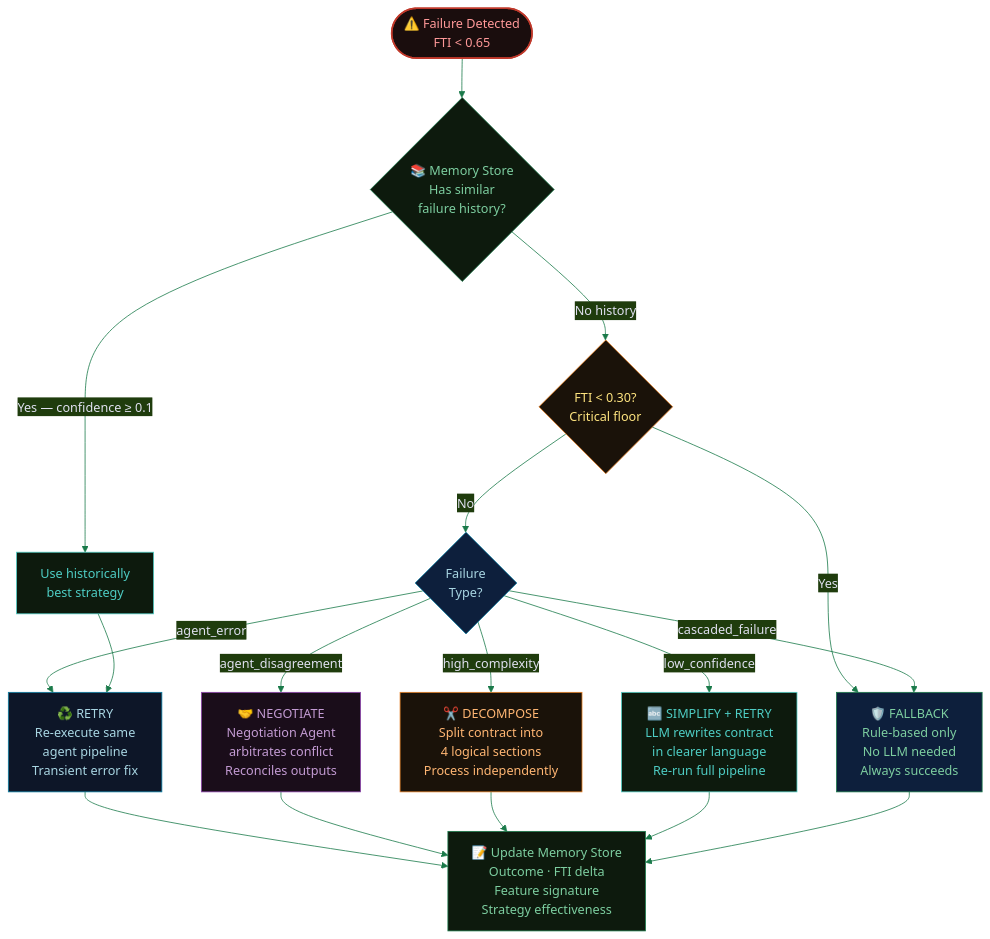
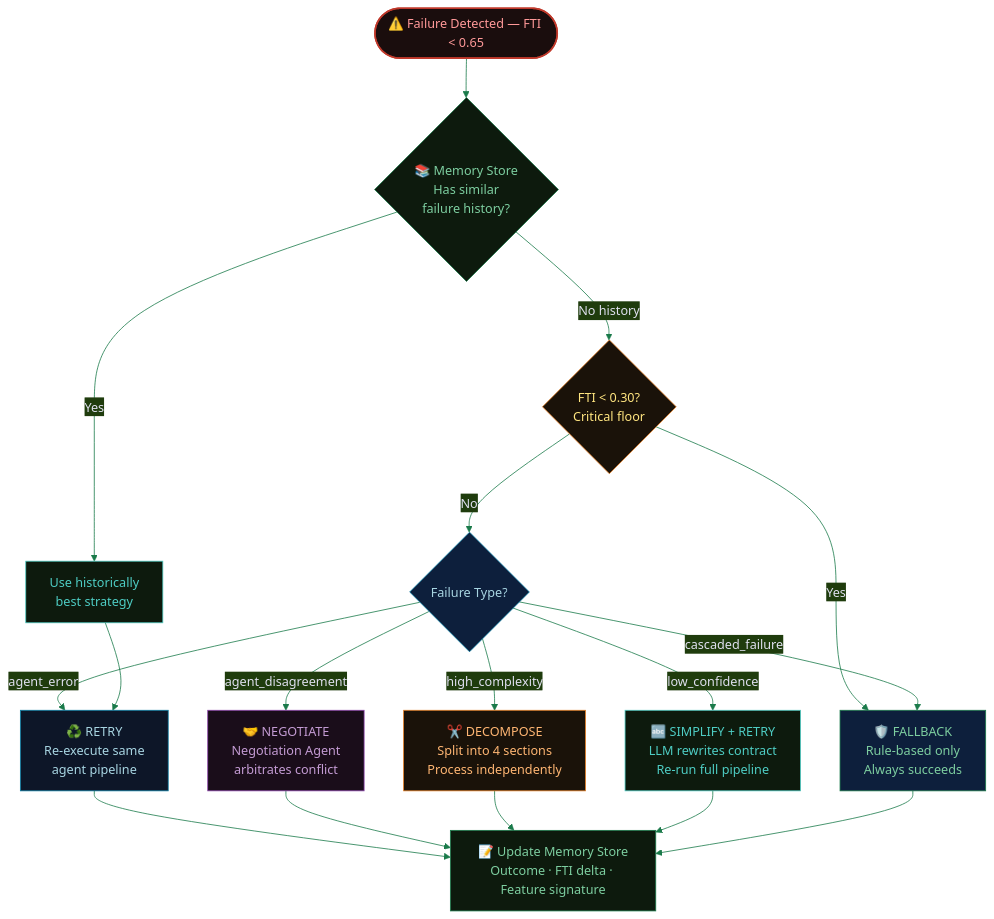
One commit to debasmita30/aria-contract-intelligence changed the sixth of 7 diagrams in README.md. Above: the diagram before and after it, drawn with Mermaid. The commit also changed other lines of this file, not shown here.

````diff
--- a/README.md
+++ b/README.md
@@ -295,34 +297,33 @@
 ```mermaid
 %%{init: {'theme': 'base', 'themeVariables': {'primaryColor': '#0D1F3C', 'primaryTextColor': '#E0E0F0', 'primaryBorderColor': '#1A7A4A', 'lineColor': '#1A7A4A', 'background': '#060d1a', 'mainBkg': '#0D1F3C', 'clusterBkg': '#060d1a', 'titleColor': '#E0E0F0', 'fontFamily': 'monospace'}}}%%
 flowchart TD
-    FAIL(["⚠️ Failure Detected\nFTI < 0.65"])
+    FAIL(["⚠️ Failure Detected — FTI < 0.65"])
 
     FAIL --> MEM{"📚 Memory Store\nHas similar\nfailure history?"}
-    MEM -->|"Yes — confidence ≥ 0.1"| MSTRAT["Use historically\nbest strategy"]
+    MEM -->|"Yes"| MSTRAT["Use historically\nbest strategy"]
     MEM -->|"No history"| FTI2{"FTI < 0.30?\nCritical floor"}
 
     FTI2 -->|Yes| FALLBACK
-    FTI2 -->|No| FTYPE2{"Failure\nType?"}
+    FTI2 -->|No| FTYPE2{"Failure Type?"}
 
-    FTYPE2 -->|agent_error| RETRY["♻️ RETRY\nRe-execute same\nagent pipeline\nTransient error fix"]
-    FTYPE2 -->|agent_disagreement| NEGOTIATE["🤝 NEGOTIATE\nNegotiation Agent\narbitrates conflict\nReconciles outputs"]
-    FTYPE2 -->|high_complexity| DECOMPOSE["✂️ DECOMPOSE\nSplit contract into\n4 logical sections\nProcess independently"]
-    FTYPE2 -->|low_confidence| SIMPLIFY["🔤 SIMPLIFY + RETRY\nLLM rewrites contract\nin clearer language\nRe-run full pipeline"]
-    FTYPE2 -->|cascaded_failure| FALLBACK["🛡️ FALLBACK\nRule-based only\nNo LLM needed\nAlways succeeds"]
+    FTYPE2 -->|agent_error| RETRY["♻️ RETRY\nRe-execute same\nagent pipeline"]
+    FTYPE2 -->|agent_disagreement| NEGOTIATE["🤝 NEGOTIATE\nNegotiation Agent\narbitrates conflict"]
+    FTYPE2 -->|high_complexity| DECOMPOSE["✂️ DECOMPOSE\nSplit into 4 sections\nProcess independently"]
+    FTYPE2 -->|low_confidence| SIMPLIFY["🔤 SIMPLIFY + RETRY\nLLM rewrites contract\nRe-run full pipeline"]
+    FTYPE2 -->|cascaded_failure| FALLBACK["🛡️ FALLBACK\nRule-based only\nAlways succeeds"]
 
-    RETRY & NEGOTIATE & DECOMPOSE & SIMPLIFY & FALLBACK --> MEM2["📝 Update Memory Store\nOutcome · FTI delta\nFeature signature\nStrategy effectiveness"]
-
+    RETRY & NEGOTIATE & DECOMPOSE & SIMPLIFY & FALLBACK --> MEM2["📝 Update Memory Store\nOutcome · FTI delta · Feature signature"]
     MSTRAT --> RETRY
 
     style FAIL fill:#1a0d0d,stroke:#C0392B,color:#FF9999,stroke-width:2px
     style MEM fill:#0d1a0d,stroke:#1A7A4A,color:#7DCEA0
     style MSTRAT fill:#0d1a0d,stroke:#4ECDC4,color:#4ECDC4
     style FTI2 fill:#1a1209,stroke:#E67E22,color:#FFE580
     style FTYPE2 fill:#0D1F3C,stroke:#0A7EA4,color:#A8D5E2
     style RETRY fill:#0d1628,stroke:#0A7EA4,color:#A8D5E2
     style NEGOTIATE fill:#1a0d1a,stroke:#8E44AD,color:#C39BD3
     style DECOMPOSE fill:#1a1209,stroke:#E67E22,color:#FFB673
     style SIMPLIFY fill:#0d1a0d,stroke:#4ECDC4,color:#4ECDC4
     style FALLBACK fill:#0D1F3C,stroke:#1A7A4A,color:#7DCEA0
     style MEM2 fill:#0d1a0d,stroke:#1A7A4A,color:#7DCEA0
 ```
````
